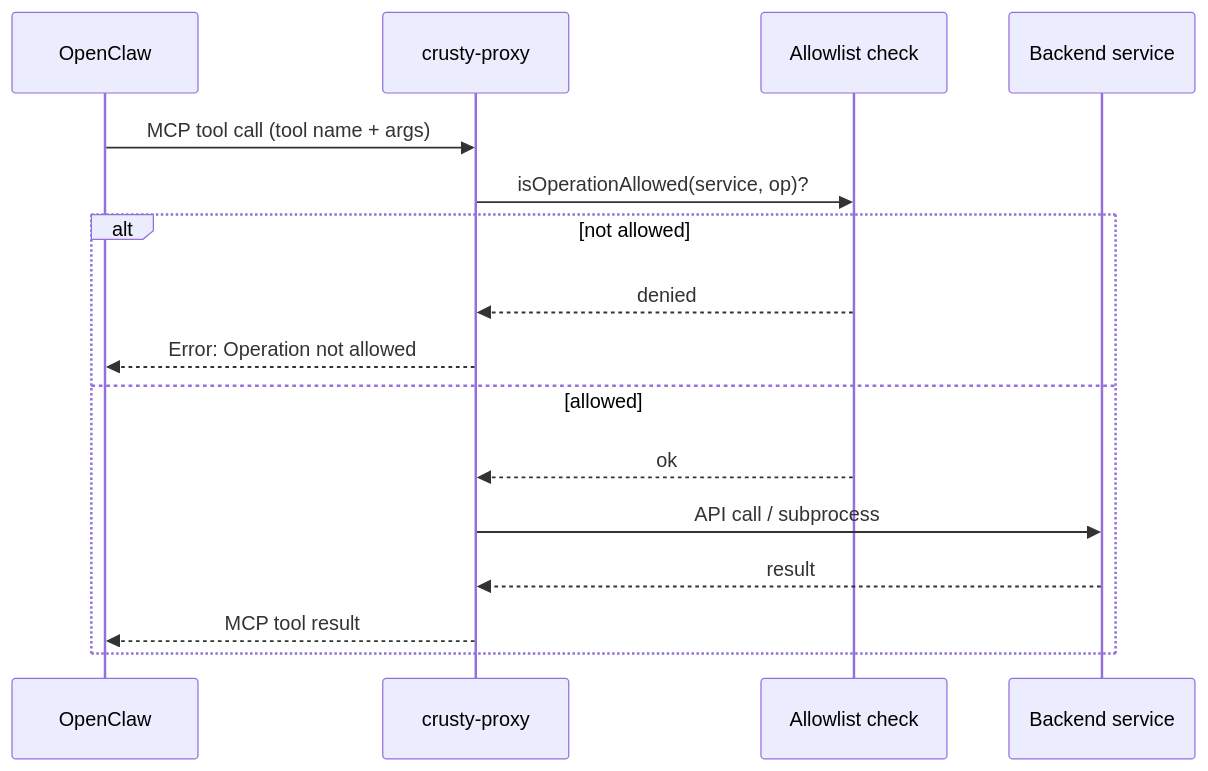
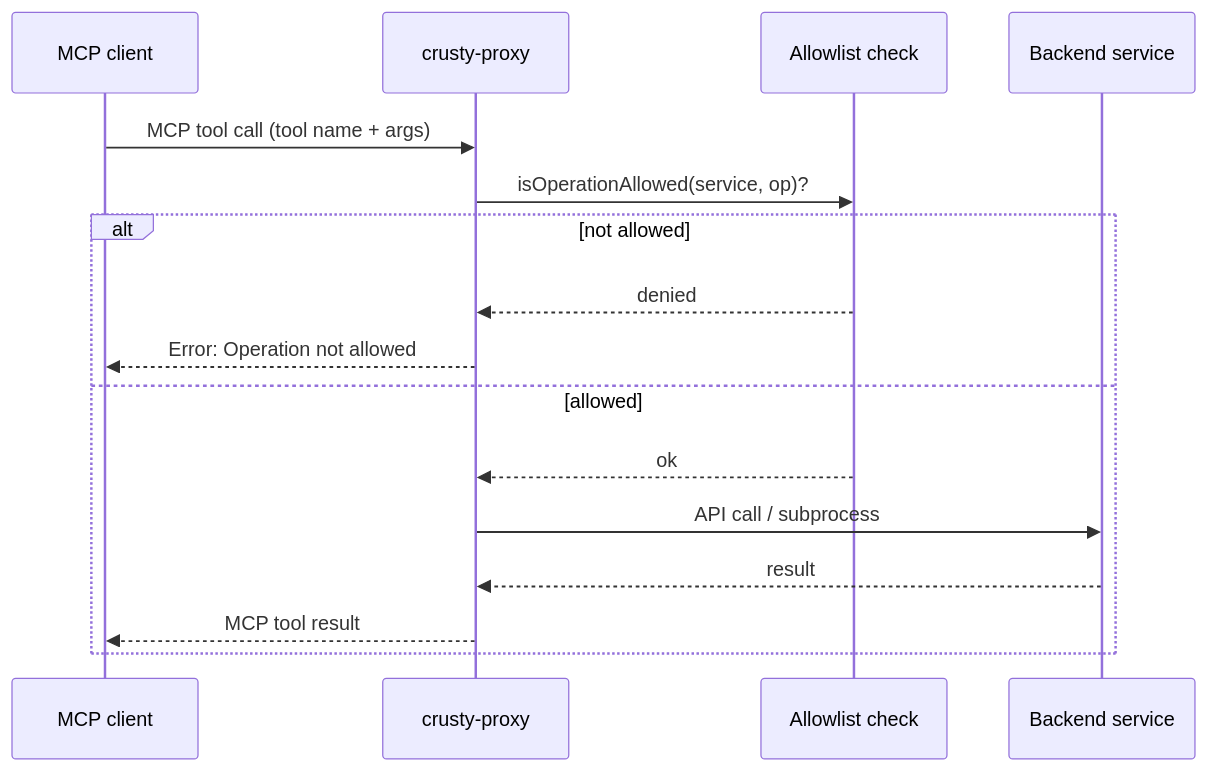
The second of 5 diagrams in docs/architecture.md (stefanhoth/crusty-proxy), drawn with Mermaid before and after one commit. The commit also changed other lines of this file and 8 other files, not shown here.

````diff
--- a/docs/architecture.md
+++ b/docs/architecture.md
@@ -29,19 +29,19 @@
 ```mermaid
 sequenceDiagram
-    participant OC as OpenClaw
+    participant OC as MCP client
     participant CP as crusty-proxy
     participant AL as Allowlist check
     participant SVC as Backend service
 
     OC->>CP: MCP tool call (tool name + args)
     CP->>AL: isOperationAllowed(service, op)?
     alt not allowed
         AL-->>CP: denied
         CP-->>OC: Error: Operation not allowed
     else allowed
         AL-->>CP: ok
         CP->>SVC: API call / subprocess
         SVC-->>CP: result
         CP-->>OC: MCP tool result
     end
 ```
````
